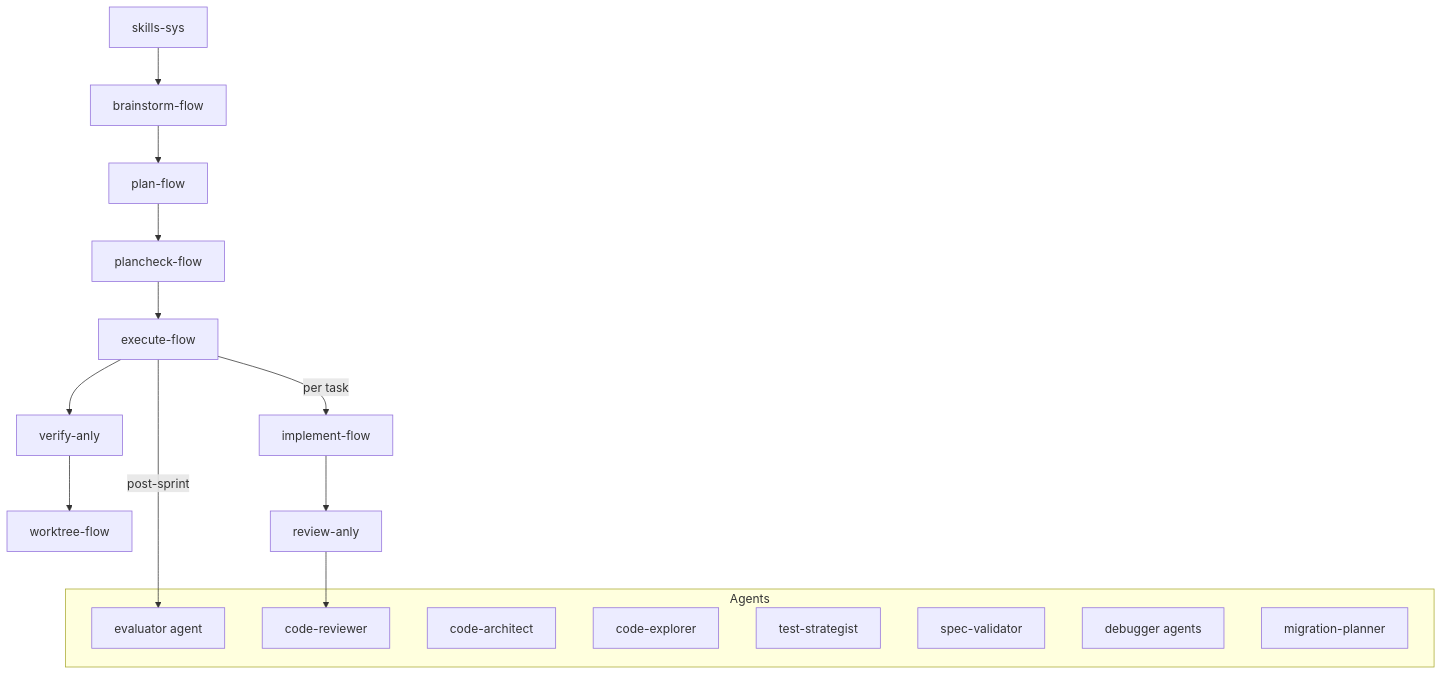
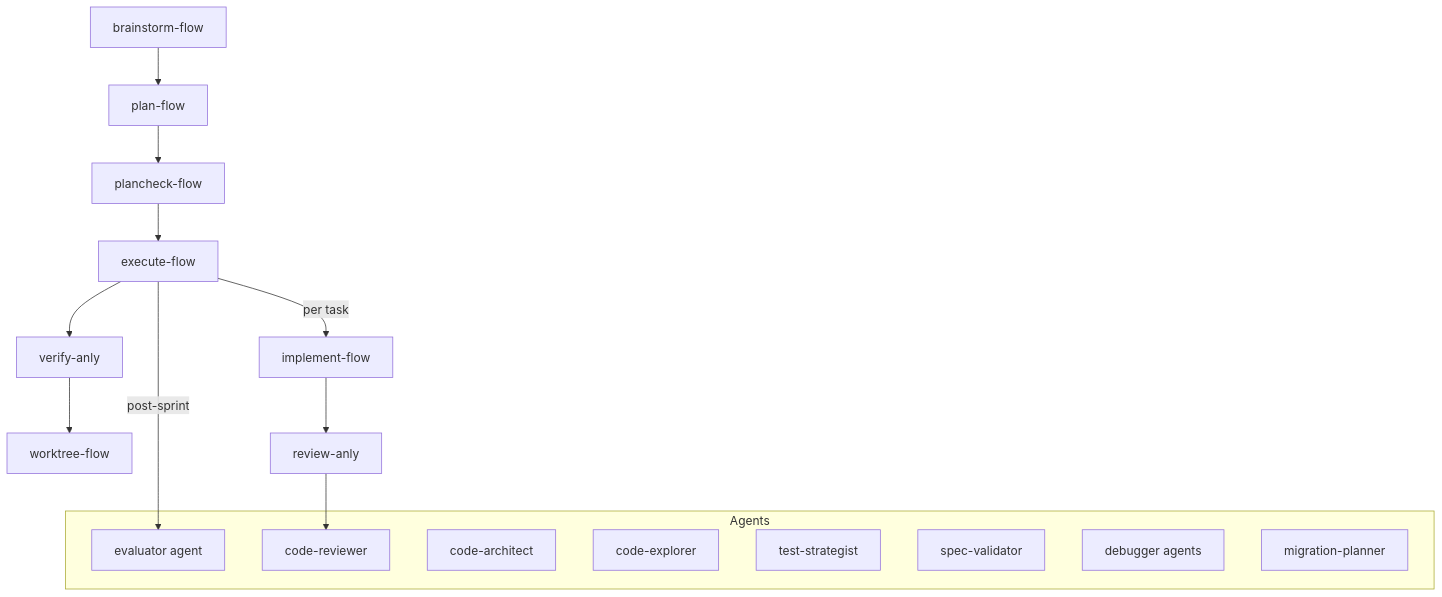
One commit to cyanprot/magnusprot changed the diagram in README.md. Above: the diagram before and after it, drawn with Mermaid. The commit also changed other lines of this file and 28 other files, not shown here.

````diff
--- a/README.md
+++ b/README.md
@@ -29,26 +29,25 @@
 ```mermaid
 graph TD
-    A[skills-sys] --> B[brainstorm-flow]
-    B --> C[plan-flow]
+    B[brainstorm-flow] --> C[plan-flow]
     C --> D[plancheck-flow]
     D --> E[execute-flow]
     E --> F[verify-anly]
     F --> G[worktree-flow]
 
     E -->|per task| H[implement-flow]
     E -->|post-sprint| I[evaluator agent]
     H --> J[review-anly]
 
     subgraph Agents
         I
         K[code-reviewer]
         L[code-architect]
         M[code-explorer]
         N[test-strategist]
         O[spec-validator]
         P[debugger agents]
         Q[migration-planner]
     end
 
     J --> K
 ```
````
